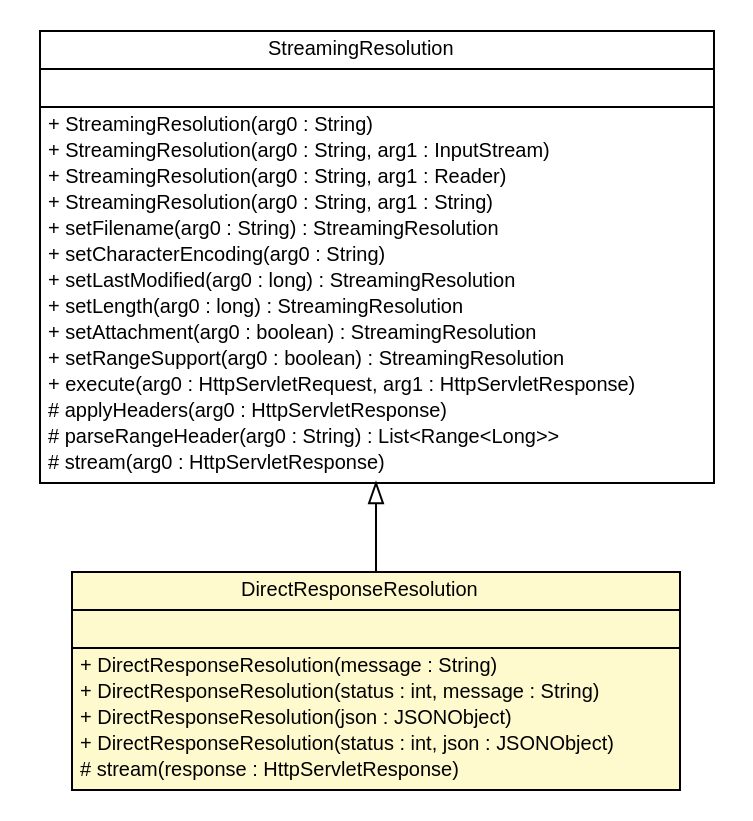
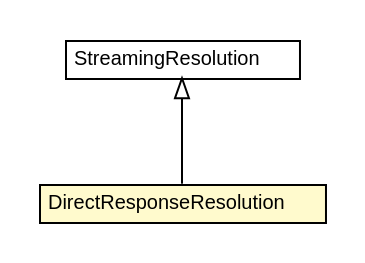
The diagram in brmo-service/apidocs/nl/b3p/web/stripes/DirectResponseResolution.dot (B3Partners/brmo), drawn with Graphviz before and after one commit. The commit also changed 385 other files, not shown here.

```diff
--- a/brmo-service/apidocs/nl/b3p/web/stripes/DirectResponseResolution.dot
+++ b/brmo-service/apidocs/nl/b3p/web/stripes/DirectResponseResolution.dot
@@ -1,55 +1,26 @@
 #!/usr/local/bin/dot
 #
 # Class diagram 
 # Generated by UMLGraph version R5_6-24-gf6e263 (http://www.umlgraph.org/)
 #
 
 digraph G {
 	edge [fontname="Helvetica",fontsize=10,labelfontname="Helvetica",labelfontsize=10];
 	node [fontname="Helvetica",fontsize=10,shape=plaintext];
 	nodesep=0.25;
 	ranksep=0.5;
 	// nl.b3p.web.stripes.DirectResponseResolution
-	c1169 [label=<<table title="nl.b3p.web.stripes.DirectResponseResolution" border="0" cellborder="1" cellspacing="0" cellpadding="2" port="p" bgcolor="lemonChiffon" href="./DirectResponseResolution.html">
+	c1111 [label=<<table title="nl.b3p.web.stripes.DirectResponseResolution" border="0" cellborder="1" cellspacing="0" cellpadding="2" port="p" bgcolor="lemonChiffon" href="./DirectResponseResolution.html">
 		<tr><td><table border="0" cellspacing="0" cellpadding="1">
 <tr><td align="center" balign="center"> DirectResponseResolution </td></tr>
 		</table></td></tr>
-		<tr><td><table border="0" cellspacing="0" cellpadding="1">
-<tr><td align="left" balign="left">  </td></tr>
-		</table></td></tr>
-		<tr><td><table border="0" cellspacing="0" cellpadding="1">
-<tr><td align="left" balign="left"> + DirectResponseResolution(message : String) </td></tr>
-<tr><td align="left" balign="left"> + DirectResponseResolution(status : int, message : String) </td></tr>
-<tr><td align="left" balign="left"> + DirectResponseResolution(json : JSONObject) </td></tr>
-<tr><td align="left" balign="left"> + DirectResponseResolution(status : int, json : JSONObject) </td></tr>
-<tr><td align="left" balign="left"> # stream(response : HttpServletResponse) </td></tr>
-		</table></td></tr>
 		</table>>, URL="./DirectResponseResolution.html", fontname="Helvetica", fontcolor="black", fontsize=10.0];
 	//nl.b3p.web.stripes.DirectResponseResolution extends net.sourceforge.stripes.action.StreamingResolution
-	c1173:p -> c1169:p [dir=back,arrowtail=empty];
+	c1113:p -> c1111:p [dir=back,arrowtail=empty];
 	// net.sourceforge.stripes.action.StreamingResolution
-	c1173 [label=<<table title="net.sourceforge.stripes.action.StreamingResolution" border="0" cellborder="1" cellspacing="0" cellpadding="2" port="p">
+	c1113 [label=<<table title="net.sourceforge.stripes.action.StreamingResolution" border="0" cellborder="1" cellspacing="0" cellpadding="2" port="p">
 		<tr><td><table border="0" cellspacing="0" cellpadding="1">
 <tr><td align="center" balign="center"> StreamingResolution </td></tr>
 		</table></td></tr>
-		<tr><td><table border="0" cellspacing="0" cellpadding="1">
-<tr><td align="left" balign="left">  </td></tr>
-		</table></td></tr>
-		<tr><td><table border="0" cellspacing="0" cellpadding="1">
-<tr><td align="left" balign="left"> + StreamingResolution(arg0 : String) </td></tr>
-<tr><td align="left" balign="left"> + StreamingResolution(arg0 : String, arg1 : InputStream) </td></tr>
-<tr><td align="left" balign="left"> + StreamingResolution(arg0 : String, arg1 : Reader) </td></tr>
-<tr><td align="left" balign="left"> + StreamingResolution(arg0 : String, arg1 : String) </td></tr>
-<tr><td align="left" balign="left"> + setFilename(arg0 : String) : StreamingResolution </td></tr>
-<tr><td align="left" balign="left"> + setCharacterEncoding(arg0 : String) </td></tr>
-<tr><td align="left" balign="left"> + setLastModified(arg0 : long) : StreamingResolution </td></tr>
-<tr><td align="left" balign="left"> + setLength(arg0 : long) : StreamingResolution </td></tr>
-<tr><td align="left" balign="left"> + setAttachment(arg0 : boolean) : StreamingResolution </td></tr>
-<tr><td align="left" balign="left"> + setRangeSupport(arg0 : boolean) : StreamingResolution </td></tr>
-<tr><td align="left" balign="left"> + execute(arg0 : HttpServletRequest, arg1 : HttpServletResponse) </td></tr>
-<tr><td align="left" balign="left"> # applyHeaders(arg0 : HttpServletResponse) </td></tr>
-<tr><td align="left" balign="left"> # parseRangeHeader(arg0 : String) : List&lt;Range&lt;Long&gt;&gt; </td></tr>
-<tr><td align="left" balign="left"> # stream(arg0 : HttpServletResponse) </td></tr>
-		</table></td></tr>
 		</table>>, URL="null", fontname="Helvetica", fontcolor="black", fontsize=10.0];
 }
```
